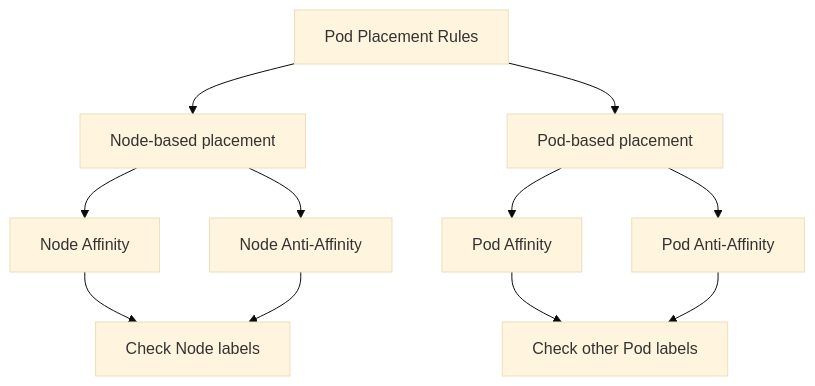
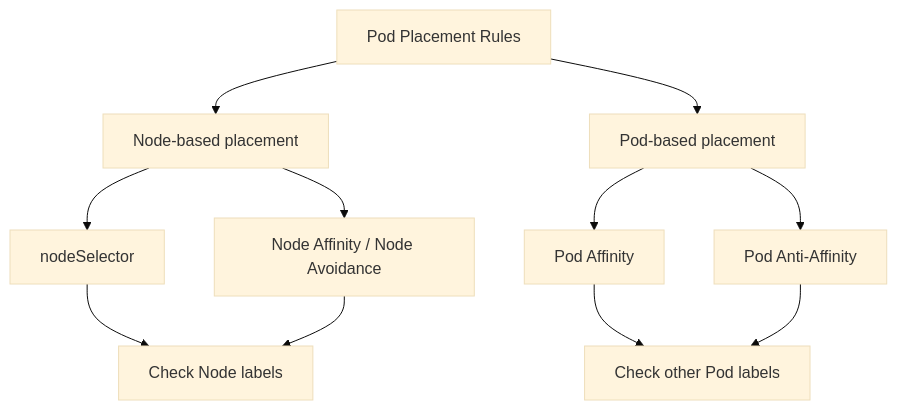
One commit to Mi2-Business-Solutions/kubernetes-demo changed the first of 9 diagrams in docs/pod-affinity-and-node-affinity.md. Above: the diagram before and after it, drawn with Mermaid (base theme). The commit also changed other lines of this file and 13 other files, not shown here.

Commit message:
Updated get-started file, reproduced issues and did trouble shooting for node selector and node affinity (hard, soft), added documents, screenshots.

````diff
--- a/docs/pod-affinity-and-node-affinity.md
+++ b/docs/pod-affinity-and-node-affinity.md
@@ -12,16 +12,16 @@
 ```mermaid
 flowchart TD
     A["Pod Placement Rules"] --> B["Node-based placement"]
     A --> C["Pod-based placement"]
 
-    B --> D["Node Affinity"]
-    B --> E["Node Anti-Affinity"]
+    B --> D["nodeSelector"]
+    B --> E["Node Affinity / Node Avoidance"]
 
     C --> F["Pod Affinity"]
     C --> G["Pod Anti-Affinity"]
 
     D --> H["Check Node labels"]
     E --> H
     F --> I["Check other Pod labels"]
     G --> I
 ```
````
